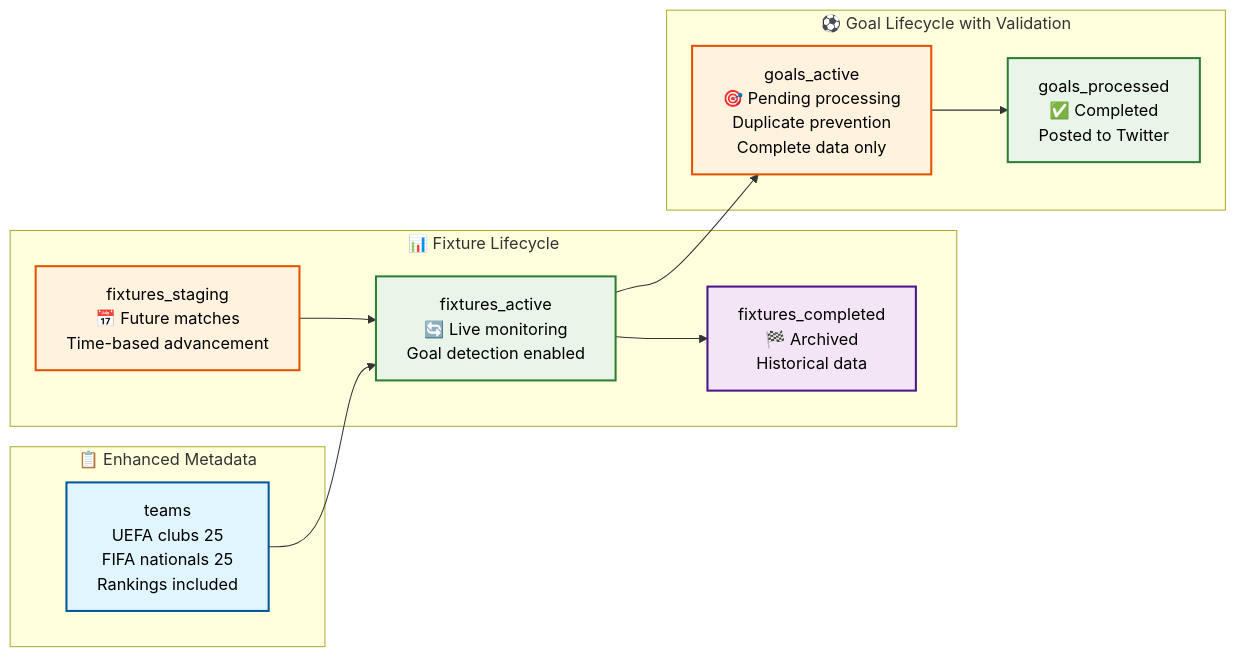
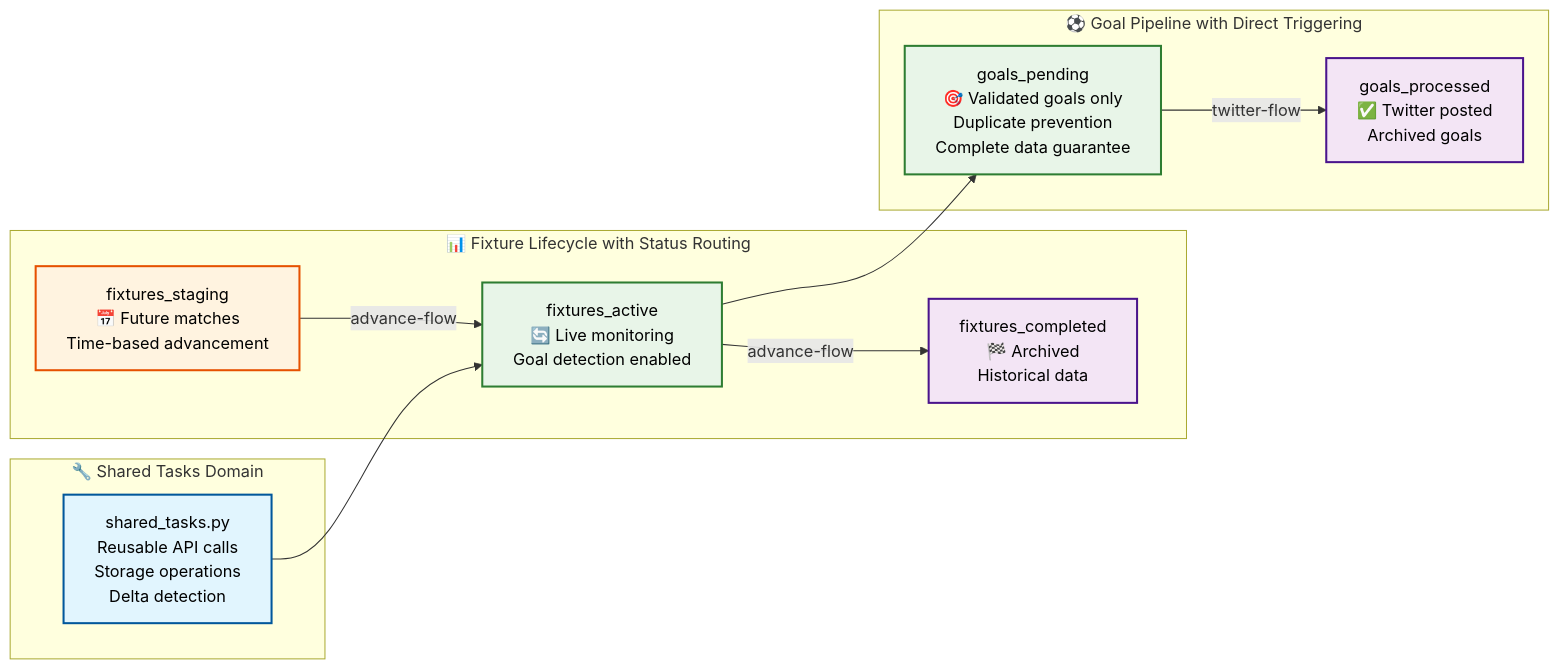
One commit to vedantadhobley/found-footy changed the second of 2 diagrams in README.md. Above: the diagram before and after it, drawn with Mermaid. The commit also changed other lines of this file and 21 other files, not shown here.

Commit message:
Massive architecture shift to a more granuar flow pattern. Complete automation removal for simplicity.

````diff
--- a/README.md
+++ b/README.md
@@ -122,33 +94,33 @@
 ```mermaid
 graph LR
-    subgraph "📊 Fixture Lifecycle"
+    subgraph "📊 Fixture Lifecycle with Status Routing"
         FS[fixtures_staging<br/>📅 Future matches<br/>Time-based advancement] 
         FA[fixtures_active<br/>🔄 Live monitoring<br/>Goal detection enabled]
         FC[fixtures_completed<br/>🏁 Archived<br/>Historical data]
-        FS --> FA
-        FA --> FC
+        FS --> |advance-flow| FA
+        FA --> |advance-flow| FC
     end
     
-    subgraph "⚽ Goal Lifecycle with Validation" 
-        GA[goals_active<br/>🎯 Pending processing<br/>Duplicate prevention<br/>Complete data only]
-        GP[goals_processed<br/>✅ Completed<br/>Posted to Twitter]
-        GA --> GP
+    subgraph "⚽ Goal Pipeline with Direct Triggering" 
+        GP_PENDING[goals_pending<br/>🎯 Validated goals only<br/>Duplicate prevention<br/>Complete data guarantee]
+        GP_PROCESSED[goals_processed<br/>✅ Twitter posted<br/>Archived goals]
+        GP_PENDING --> |twitter-flow| GP_PROCESSED
     end
     
-    subgraph "📋 Enhanced Metadata"
-        TS[teams<br/>UEFA clubs 25<br/>FIFA nationals 25<br/>Rankings included]
+    subgraph "🔧 Shared Tasks Domain"
+        ST[shared_tasks.py<br/>Reusable API calls<br/>Storage operations<br/>Delta detection]
     end
     
-    TS --> FA
-    FA --> GA
+    ST --> FA
+    FA --> GP_PENDING
     
     classDef staging fill:#fff3e0,stroke:#e65100,stroke-width:2px,color:#000
     classDef active fill:#e8f5e8,stroke:#2e7d32,stroke-width:2px,color:#000
     classDef completed fill:#f3e5f5,stroke:#4a148c,stroke-width:2px,color:#000
-    classDef metadata fill:#e1f5fe,stroke:#01579b,stroke-width:2px,color:#000
+    classDef shared fill:#e1f5fe,stroke:#01579b,stroke-width:2px,color:#000
     
-    class FS,GA staging
-    class FA,GP active
-    class FC completed
-    class TS metadata
+    class FS staging
+    class FA,GP_PENDING active
+    class FC,GP_PROCESSED completed
+    class ST shared
 ```
````
